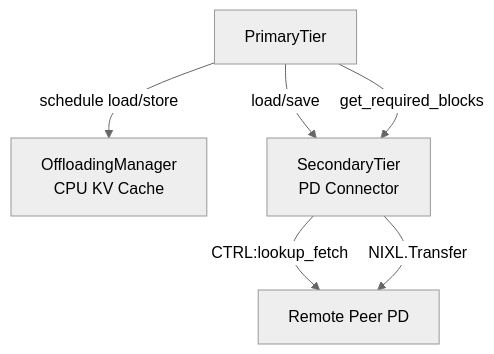
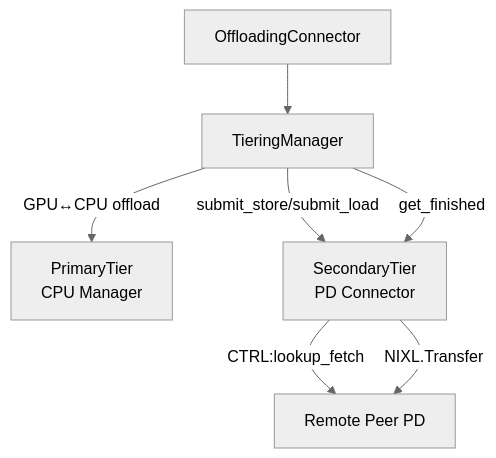
Before and after one commit to liranschour/vllm: the first of 2 diagrams in docs/features/PD-Connector.md, drawn with Mermaid (neutral theme). The commit also changed other lines of this file, not shown here.

````diff
--- a/docs/features/PD-Connector.md
+++ b/docs/features/PD-Connector.md
@@ -39,8 +41,9 @@
 ```mermaid
 graph TD
-    PP[PrimaryTier] -->|schedule load/store| OM["OffloadingManager<br/>CPU KV Cache"]
-    PP -->|load/save| SP["SecondaryTier<br/>PD Connector"]
-    PP -->|get_required_blocks| SP
-    SP -->|CTRL:lookup_fetch| Remote[Remote Peer PD]
-    SP -->|NIXL.Transfer| Remote
+    OC[OffloadingConnector] --> TM[TieringManager]
+    TM -->|GPU↔CPU offload| PT["PrimaryTier<br/>CPU Manager"]
+    TM -->|submit_store/submit_load| ST["SecondaryTier<br/>PD Connector"]
+    TM -->|get_finished| ST
+    ST -->|CTRL:lookup_fetch| Remote[Remote Peer PD]
+    ST -->|NIXL.Transfer| Remote
 ```
````
